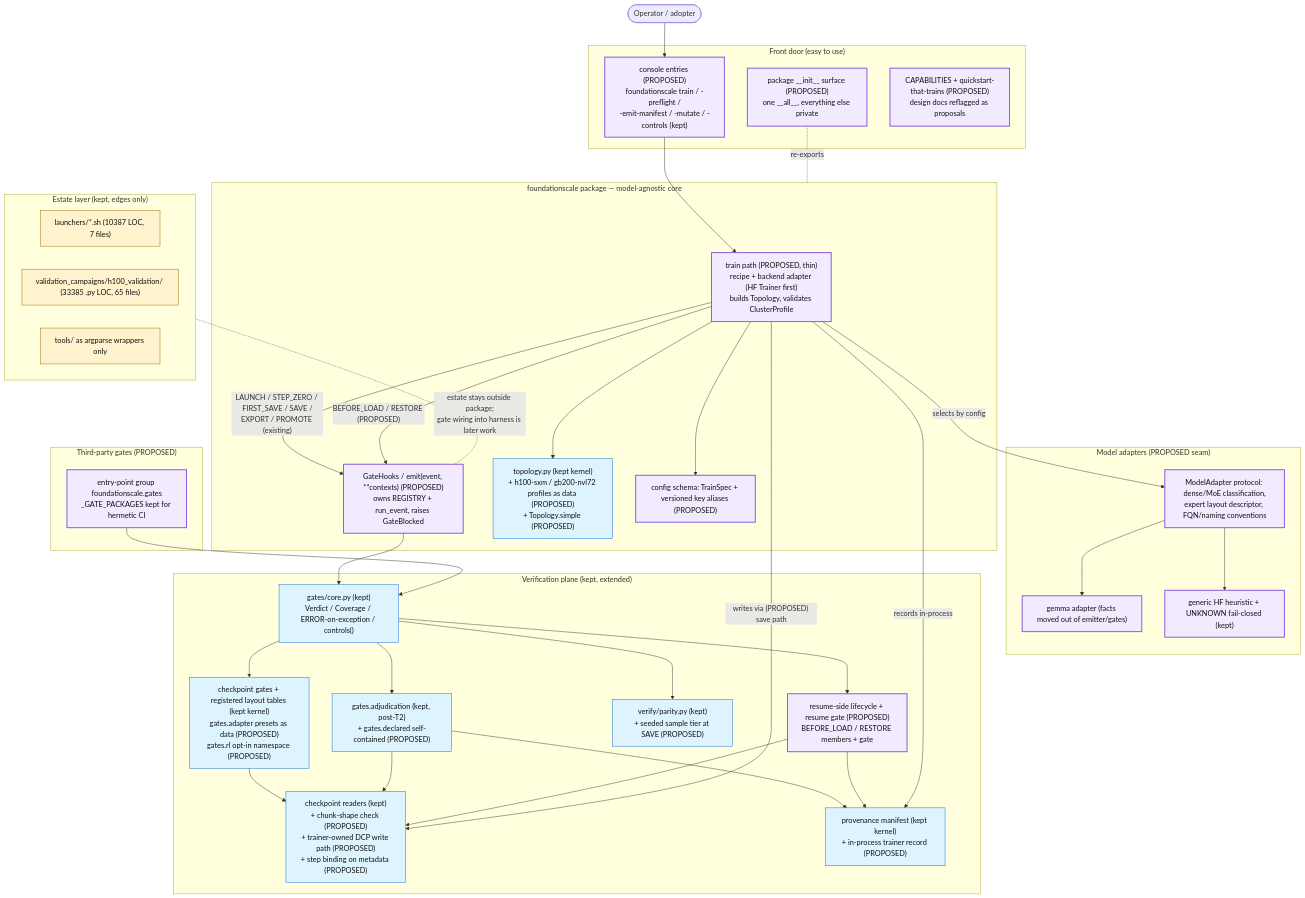
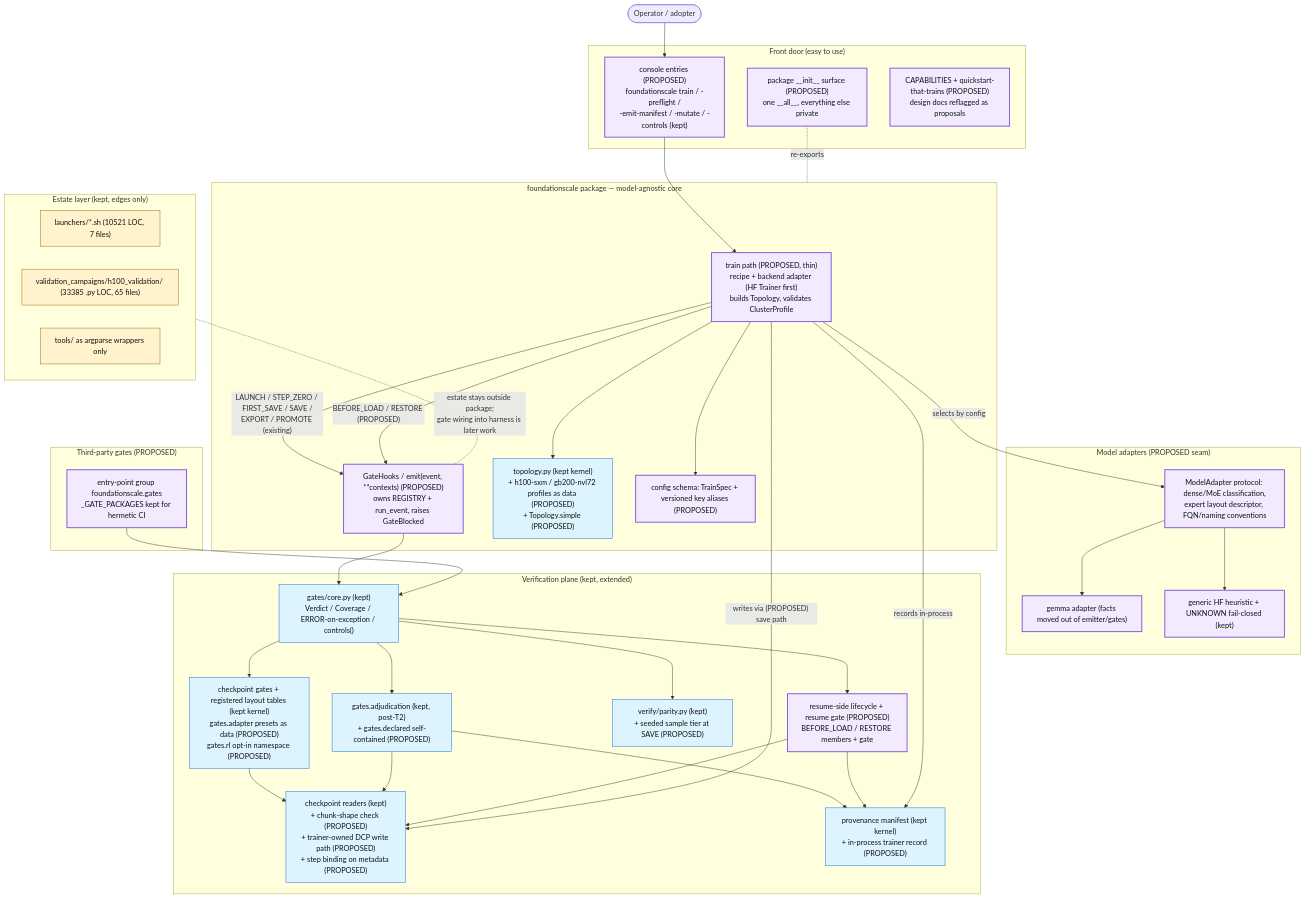
The diagram in docs/review/D5_proposed_architecture.md (TranNhiem/FoundationScale), drawn with Mermaid before and after one commit. The commit also changed other lines of this file and 12 other files, not shown here.

````diff
--- a/docs/review/D5_proposed_architecture.md
+++ b/docs/review/D5_proposed_architecture.md
@@ -13,74 +13,74 @@
 ```mermaid
 flowchart TB
   U(["Operator / adopter"])
 
   subgraph FRONT["Front door (easy to use)"]
     CLI["console entries (PROPOSED)<br/>foundationscale train / -preflight /<br/>-emit-manifest / -mutate / -controls (kept)"]
     SURF["package __init__ surface (PROPOSED)<br/>one __all__, everything else private"]
     DOCS["CAPABILITIES + quickstart-that-trains (PROPOSED)<br/>design docs reflagged as proposals"]
   end
 
   subgraph CORE["foundationscale package — model-agnostic core"]
     TRAIN["train path (PROPOSED, thin)<br/>recipe + backend adapter (HF Trainer first)<br/>builds Topology, validates ClusterProfile"]
     HOOKS["GateHooks / emit(event, **contexts) (PROPOSED)<br/>owns REGISTRY + run_event, raises GateBlocked"]
     TOPO["topology.py (kept kernel)<br/>+ h100-sxm / gb200-nvl72 profiles as data (PROPOSED)<br/>+ Topology.simple (PROPOSED)"]
     CONFIG["config schema: TrainSpec + versioned key aliases (PROPOSED)"]
   end
 
   subgraph ADAPT["Model adapters (PROPOSED seam)"]
     MA["ModelAdapter protocol: dense/MoE classification,<br/>expert layout descriptor, FQN/naming conventions"]
     GEM["gemma adapter (facts moved out of emitter/gates)"]
     HF["generic HF heuristic + UNKNOWN fail-closed (kept)"]
   end
 
   subgraph VERIFY["Verification plane (kept, extended)"]
     GCORE["gates/core.py (kept)<br/>Verdict / Coverage / ERROR-on-exception / controls()"]
     GCK["checkpoint gates + registered layout tables (kept kernel)<br/>gates.adapter presets as data (PROPOSED)<br/>gates.rl opt-in namespace (PROPOSED)"]
     ADJ["gates.adjudication (kept, post-T2)<br/>+ gates.declared self-contained (PROPOSED)"]
     PAR["verify/parity.py (kept)<br/>+ seeded sample tier at SAVE (PROPOSED)"]
     CKIO["checkpoint readers (kept)<br/>+ chunk-shape check (PROPOSED)<br/>+ trainer-owned DCP write path (PROPOSED)<br/>+ step binding on metadata (PROPOSED)"]
     PROV["provenance manifest (kept kernel)<br/>+ in-process trainer record (PROPOSED)"]
     RES["resume-side lifecycle + resume gate (PROPOSED)<br/>BEFORE_LOAD / RESTORE members + gate"]
   end
 
   subgraph PLUG["Third-party gates (PROPOSED)"]
     EP["entry-point group foundationscale.gates<br/>_GATE_PACKAGES kept for hermetic CI"]
   end
 
   subgraph ESTATE["Estate layer (kept, edges only)"]
-    LAU["launchers/*.sh (10387 LOC, 7 files)"]
+    LAU["launchers/*.sh (10521 LOC, 7 files)"]
     H100["validation_campaigns/h100_validation/ (33385 .py LOC, 65 files)"]
     WRAP["tools/ as argparse wrappers only"]
   end
 
   U --> CLI --> TRAIN
   SURF -. re-exports .- CORE
   TRAIN --> TOPO
   TRAIN --> CONFIG
   TRAIN -- "selects by config" --> MA
   MA --> GEM
   MA --> HF
   TRAIN -- "LAUNCH / STEP_ZERO / FIRST_SAVE / SAVE /<br/>EXPORT / PROMOTE (existing)" --> HOOKS
   TRAIN -- "BEFORE_LOAD / RESTORE (PROPOSED)" --> HOOKS
   HOOKS --> GCORE
   EP --> GCORE
   GCORE --> GCK
   GCORE --> ADJ
   GCORE --> PAR
   GCORE --> RES
   GCK --> CKIO
   ADJ --> CKIO
   ADJ --> PROV
   RES --> CKIO
   RES --> PROV
   TRAIN -- "writes via (PROPOSED) save path" --> CKIO
   TRAIN -- "records in-process" --> PROV
   ESTATE -. "estate stays outside package;<br/>gate wiring into harness is later work" .- HOOKS
 
   classDef new fill:#f2eaff,stroke:#8250df,stroke-width:2px,color:#111;
   classDef kept fill:#ddf4ff,stroke:#0969da,color:#111;
   classDef estate fill:#fff3cd,stroke:#9a6700,color:#111;
   class TRAIN,HOOKS,CLI,SURF,DOCS,MA,GEM,HF,RES,EP,CONFIG new;
   class GCORE,GCK,ADJ,PAR,CKIO,PROV,TOPO kept;
   class LAU,H100,WRAP estate;
 ```
````
